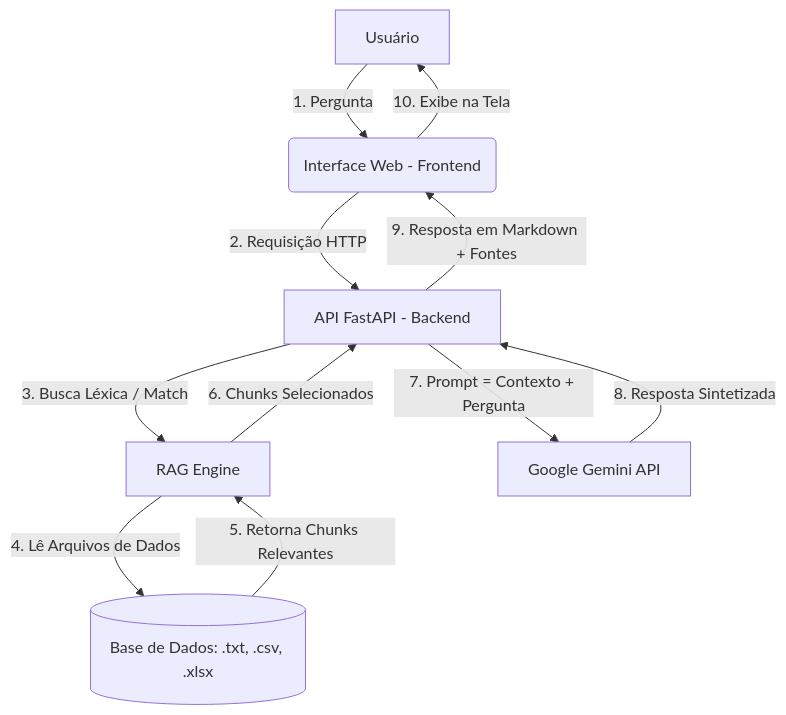
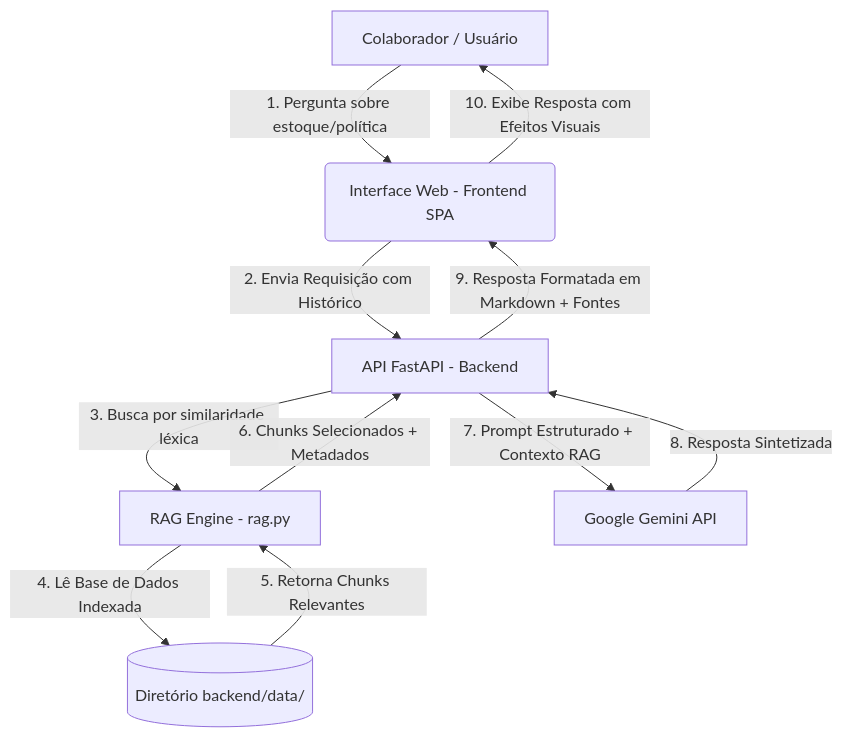
Before and after one commit to marcossalesdev/prime_assist_ai: the diagram in README.md, drawn with Mermaid. The commit also changed other lines of this file and 6 other files, not shown here.

Commit message:
feat: migrate to Gemini 3.5 Flash, fix RAG CSV headers, fix markdown lists, and add welcome splash screen

````diff
--- a/README.md
+++ b/README.md
@@ -13,13 +22,13 @@
 ```mermaid
 graph TD
-    A[Usuário] -->|1. Pergunta| B(Interface Web - Frontend)
-    B -->|2. Requisição HTTP| C[API FastAPI - Backend]
-    C -->|3. Busca Léxica / Match| D[RAG Engine]
-    D -->|4. Lê Arquivos de Dados| E[(Base de Dados: .txt, .csv, .xlsx)]
+    A[Colaborador / Usuário] -->|1. Pergunta sobre estoque/política| B(Interface Web - Frontend SPA)
+    B -->|2. Envia Requisição com Histórico| C[API FastAPI - Backend]
+    C -->|3. Busca por similaridade léxica| D[RAG Engine - rag.py]
+    D -->|4. Lê Base de Dados Indexada| E[(Diretório backend/data/)]
     E -->|5. Retorna Chunks Relevantes| D
-    D -->|6. Chunks Selecionados| C
-    C -->|7. Prompt = Contexto + Pergunta| F[Google Gemini API]
+    D -->|6. Chunks Selecionados + Metadados| C
+    C -->|7. Prompt Estruturado + Contexto RAG| F[Google Gemini API]
     F -->|8. Resposta Sintetizada| C
-    C -->|9. Resposta em Markdown + Fontes| B
-    B -->|10. Exibe na Tela| A
+    C -->|9. Resposta Formatada em Markdown + Fontes| B
+    B -->|10. Exibe Resposta com Efeitos Visuais| A
 ```
````
